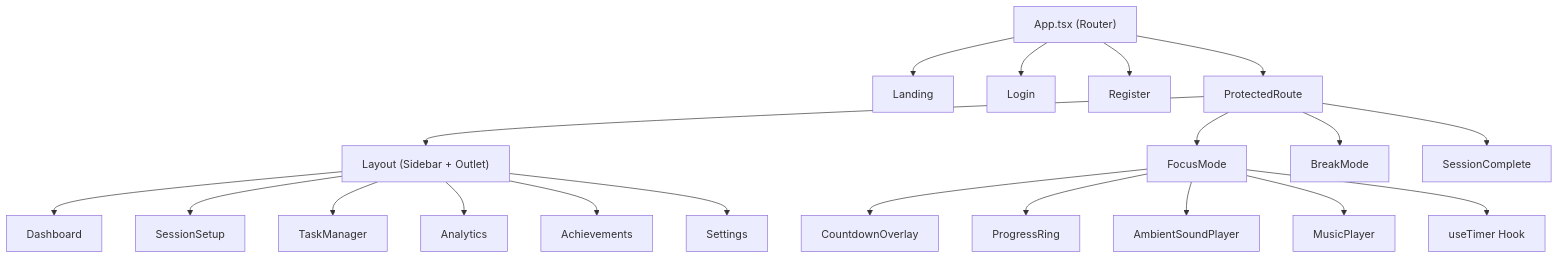
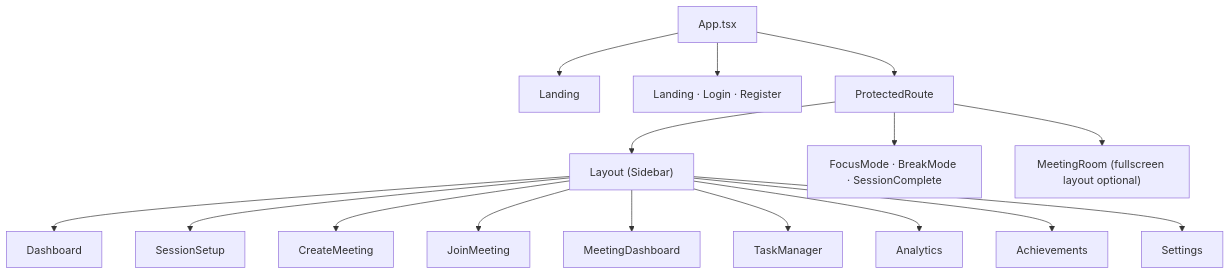
One commit to umangjzx/Focus-Sessions-Melodywings changed the fourth of 5 diagrams in README.md. Above: the diagram before and after it, drawn with Mermaid. The commit also changed other lines of this file and 364 other files, not shown here.

````diff
--- a/README.md
+++ b/README.md
@@ -398,27 +312,19 @@
 ```mermaid
 graph TD
-    App["App.tsx (Router)"]
-    
-    App --> Landing["Landing"]
-    App --> Login["Login"]
-    App --> Register["Register"]
+    App["App.tsx"]
+    App --> Landing & Auth["Landing · Login · Register"]
     App --> Protected["ProtectedRoute"]
-    
-    Protected --> Layout["Layout (Sidebar + Outlet)"]
-    Protected --> FocusMode["FocusMode"]
-    Protected --> BreakMode["BreakMode"]
-    Protected --> SessionComplete["SessionComplete"]
-    
-    Layout --> Dashboard["Dashboard"]
-    Layout --> SessionSetup["SessionSetup"]
-    Layout --> TaskManager["TaskManager"]
-    Layout --> Analytics["Analytics"]
-    Layout --> Achievements["Achievements"]
-    Layout --> Settings["Settings"]
-    
-    FocusMode --> CountdownOverlay["CountdownOverlay"]
-    FocusMode --> ProgressRing["ProgressRing"]
-    FocusMode --> AmbientSoundPlayer["AmbientSoundPlayer"]
-    FocusMode --> MusicPlayer["MusicPlayer"]
-    FocusMode --> useTimer["useTimer Hook"]
+    Protected --> Layout["Layout (Sidebar)"]
+    Protected --> Solo["FocusMode · BreakMode · SessionComplete"]
+    Protected --> Group["MeetingRoom (fullscreen layout optional)"]
+
+    Layout --> Dashboard
+    Layout --> SessionSetup
+    Layout --> CreateMeeting
+    Layout --> JoinMeeting
+    Layout --> MeetingDashboard
+    Layout --> TaskManager
+    Layout --> Analytics
+    Layout --> Achievements
+    Layout --> Settings
 ```
````
